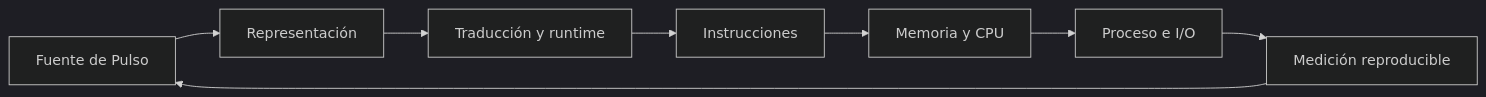
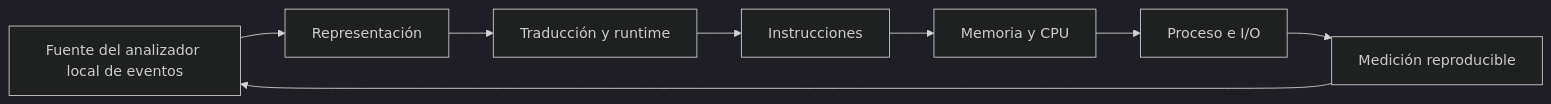
One commit to vladimiracunadev-create/modern-software-engineering-program changed the diagram in content/part-01/README.md. Above: the diagram before and after it, drawn with Mermaid (dark theme). The commit also changed other lines of this file and 14 other files, not shown here.

````diff
--- a/content/part-01/README.md
+++ b/content/part-01/README.md
@@ -17,10 +17,10 @@
 ```mermaid
 flowchart LR
- S[Fuente de Pulso] --> R[Representación]
+ S[Fuente del analizador local de eventos] --> R[Representación]
  R --> T[Traducción y runtime]
  T --> I[Instrucciones]
  I --> M[Memoria y CPU]
  M --> O[Proceso e I/O]
  O --> E[Medición reproducible]
  E --> S
 ```
````
